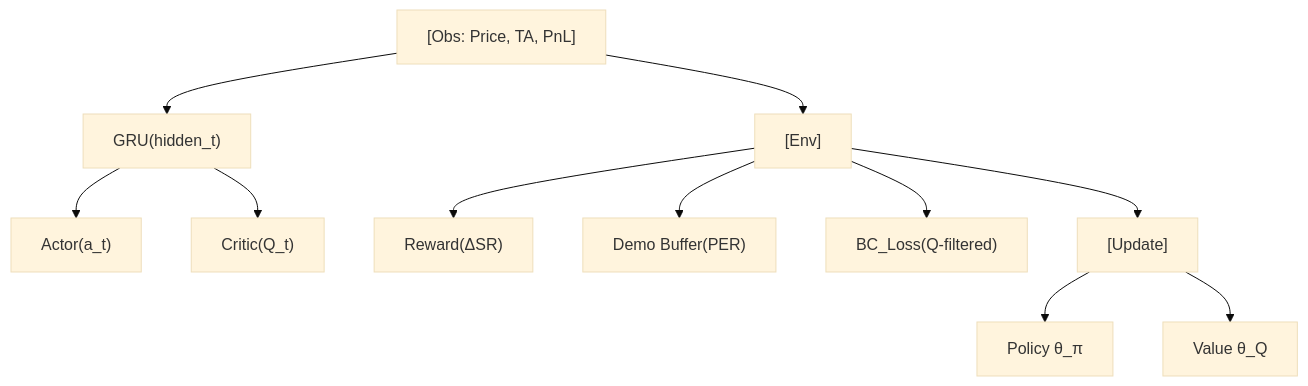
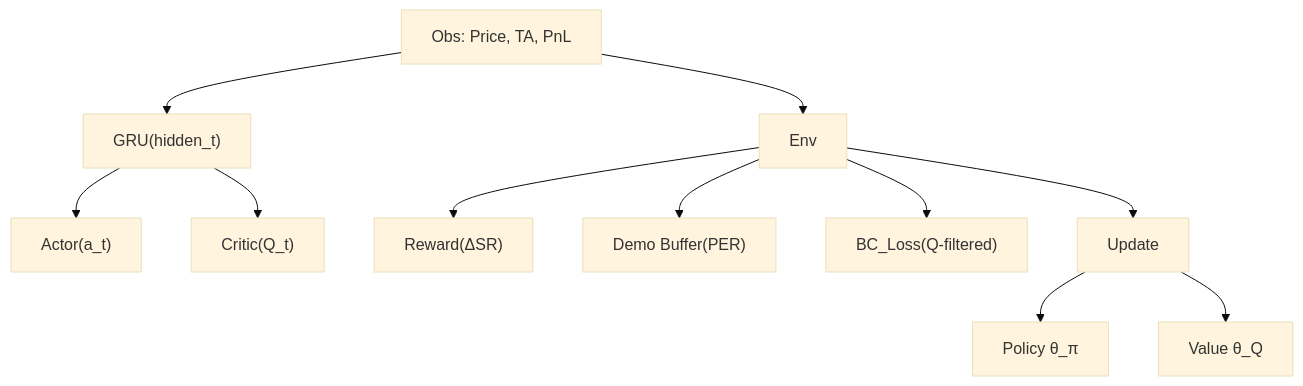
The diagram in foundations/reinforcement-learning/irdpg.md (sou350121/Trading-Handbook), drawn with Mermaid (base theme) before and after one commit. The commit also changed 191 other files, not shown here.

First line of the commit message:
render: fix math + mermaid for GitHub across the corpus (188 pages)

````diff
--- a/foundations/reinforcement-learning/irdpg.md
+++ b/foundations/reinforcement-learning/irdpg.md
@@ -32,25 +32,25 @@
 ```mermaid
 flowchart TD
-    N1["[Obs: Price, TA, PnL]"]
+    N1["Obs: Price, TA, PnL"]
     N2["GRU(hidden_t)"]
     N3["Actor(a_t)"]
     N4["Critic(Q_t)"]
-    N5["[Env]"]
+    N5["Env"]
     N6["Reward(ΔSR)"]
     N7["Demo Buffer(PER)"]
     N8["BC_Loss(Q-filtered)"]
-    N9["[Update]"]
+    N9["Update"]
     N10["Policy θ_π"]
     N11["Value θ_Q"]
 
     N1 --> N2
     N2 --> N3
     N2 --> N4
     N1 --> N5
     N5 --> N6
     N5 --> N7
     N5 --> N8
     N5 --> N9
     N9 --> N10
     N9 --> N11
 ```
````
